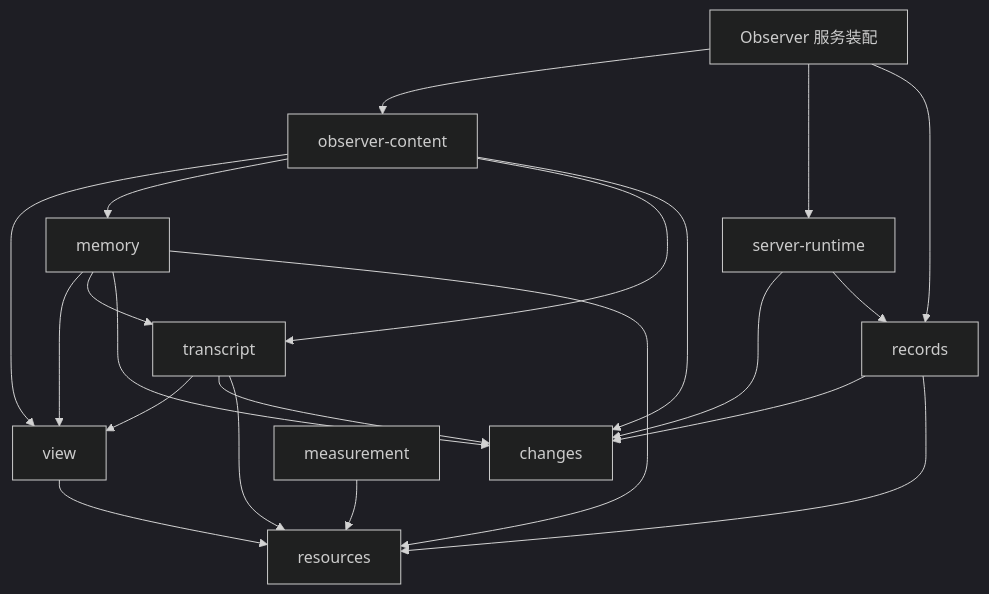
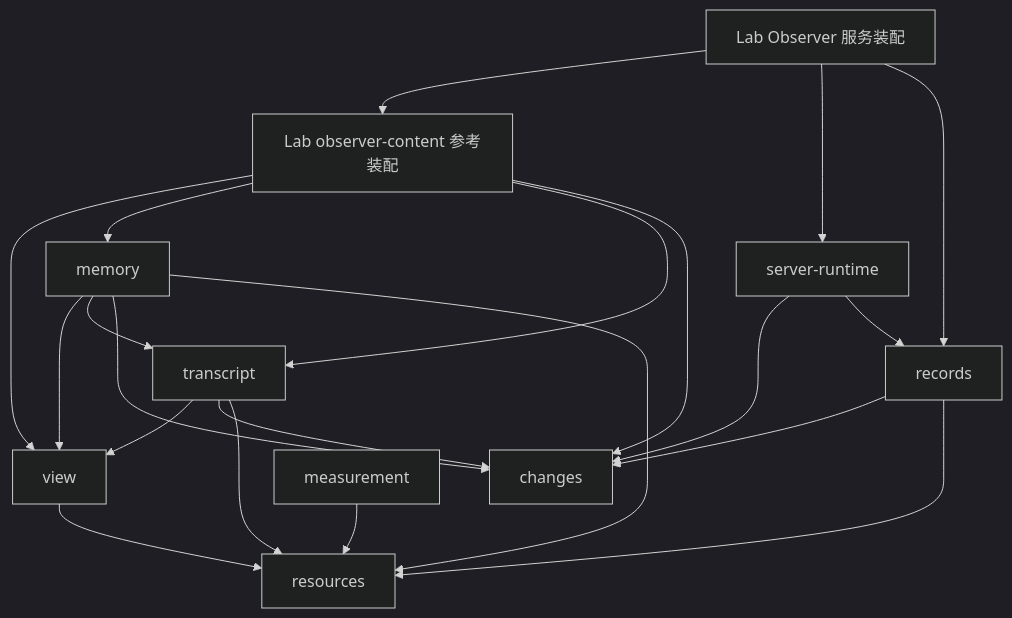
Before and after one commit to weiliang0121/capix: the first of 2 diagrams in docs/content-entities-packages.md, drawn with Mermaid (dark theme). The commit also changed other lines of this file and 37 other files, not shown here.

Commit message:
chore: hand off observer content and document entity migration

````diff
--- a/docs/content-entities-packages.md
+++ b/docs/content-entities-packages.md
@@ -25,23 +27,23 @@
 ```mermaid
 flowchart TD
-  Service[Observer 服务装配] --> Content[observer-content]
+  Service[Lab Observer 服务装配] --> Content[Lab observer-content 参考装配]
   Service --> Runtime[server-runtime]
   Service --> Records[records]
   Content --> View[view]
   Content --> Memory[memory]
   Content --> Transcript[transcript]
   Content --> Changes[changes]
   Memory --> View
   Transcript --> View
   Memory --> Transcript
   Memory --> Changes
   Transcript --> Changes
   Runtime --> Changes
   Runtime --> Records
   Records --> Changes
   Records --> Resources[resources]
   Memory --> Resources
   Transcript --> Resources
   View --> Resources
   Selection[measurement] --> Resources
 ```
````
